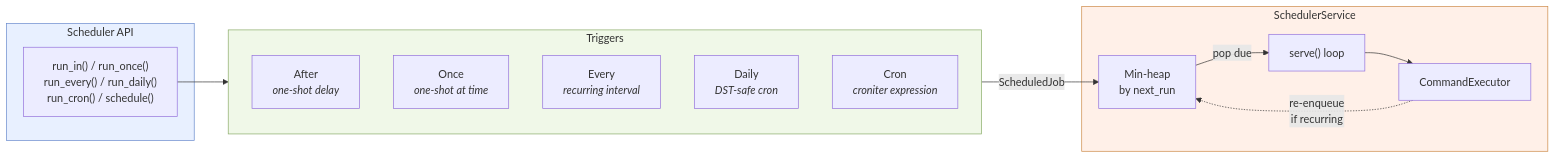
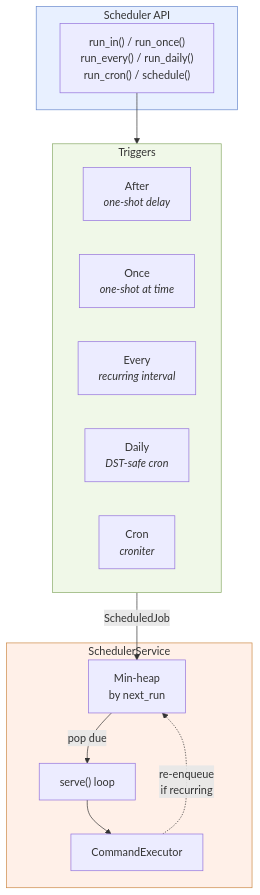
Before and after one commit to NodeJSmith/hassette: the sixth of 10 diagrams in docs/pages/core-concepts/internals.md, drawn with Mermaid. The commit also changed other lines of this file, not shown here.

First line of the commit message:
docs: improve diagram layouts and readability

````diff
--- a/docs/pages/core-concepts/internals.md
+++ b/docs/pages/core-concepts/internals.md
@@ -275,33 +295,33 @@
 ```mermaid
-flowchart LR
+flowchart TD
     accTitle: Scheduler Job Pipeline
     accDescr: From convenience methods through triggers to the dispatch loop
 
     subgraph api["Scheduler API"]
         methods["run_in() / run_once()<br/>run_every() / run_daily()<br/>run_cron() / schedule()"]
     end
 
     subgraph triggers["Triggers"]
+        direction LR
         After["After<br/><i>one-shot delay</i>"]
         Once["Once<br/><i>one-shot at time</i>"]
         Every["Every<br/><i>recurring interval</i>"]
         Daily["Daily<br/><i>DST-safe cron</i>"]
-        Cron["Cron<br/><i>croniter expression</i>"]
+        Cron["Cron<br/><i>croniter</i>"]
     end
 
     subgraph engine["SchedulerService"]
         heap["Min-heap<br/>by next_run"]
         loop["serve() loop"]
         exec["CommandExecutor"]
+        heap -- "pop due" --> loop --> exec
     end
 
     methods --> triggers
     triggers -- "ScheduledJob" --> heap
-    heap -- "pop due" --> loop
-    loop --> exec
     exec -. "re-enqueue<br/>if recurring" .-> heap
 
     style api fill:#e8f0ff,stroke:#6688cc
     style triggers fill:#f0f8e8,stroke:#88aa66
     style engine fill:#fff0e8,stroke:#cc8844
 ```
````
